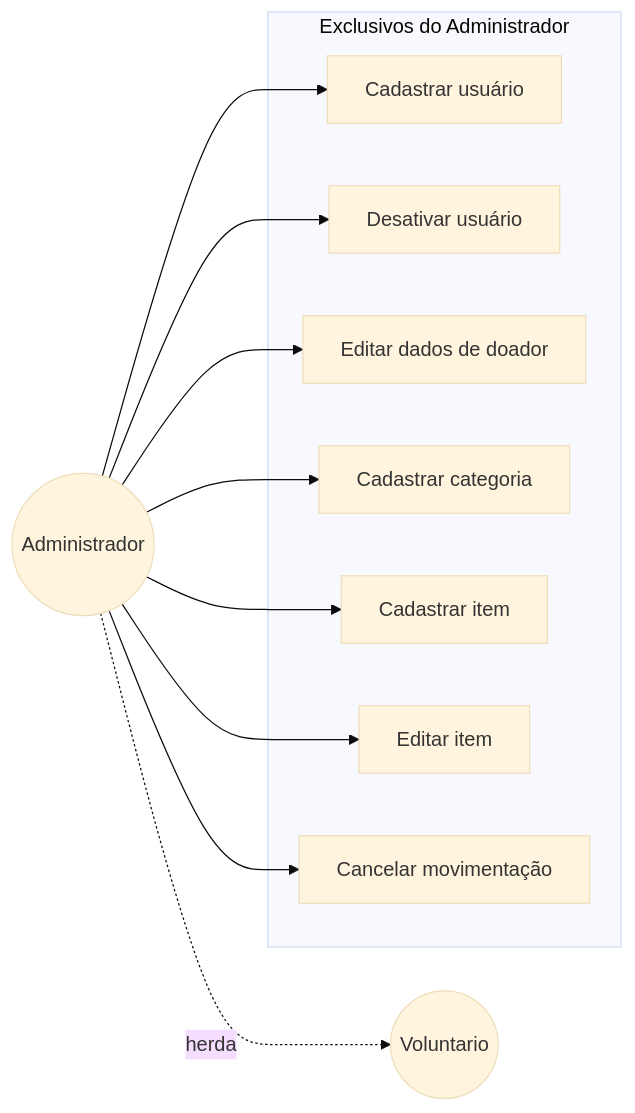
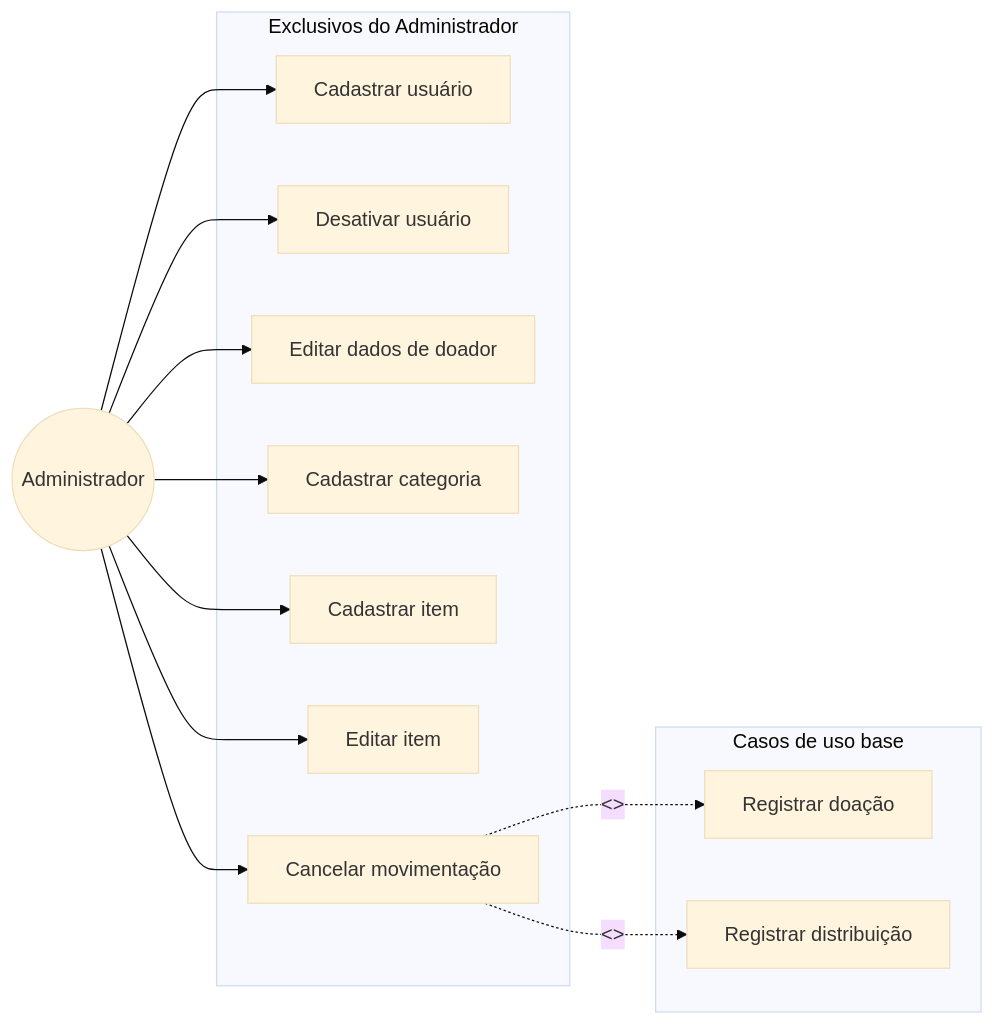
Before and after one commit to Antonio-pf/projeto-eng-soft: the second of 3 diagrams in docs/uml.md, drawn with Mermaid (base theme). The commit also changed other lines of this file, not shown here.

Commit message:
fix: corrige a notação dos diagramas UML

````diff
--- a/docs/uml.md
+++ b/docs/uml.md
@@ -62,20 +62,25 @@
 ```mermaid
 flowchart LR
   Administrador((Administrador))
-  Voluntario((Voluntario))
 
   subgraph excl["Exclusivos do Administrador"]
     UC3[Cadastrar usuário]
     UC4[Desativar usuário]
     UC7[Editar dados de doador]
     UC10[Cadastrar categoria]
     UC11[Cadastrar item]
     UC13[Editar item]
     UC19[Cancelar movimentação]
   end
 
-  Administrador -.herda.-> Voluntario
+  subgraph mov["Casos de uso base"]
+    UC14[Registrar doação]
+    UC16[Registrar distribuição]
+  end
+
   Administrador --> UC3 & UC4
   Administrador --> UC7 & UC10 & UC11 & UC13
   Administrador --> UC19
+  UC19 -. "<<extend>>" .-> UC14
+  UC19 -. "<<extend>>" .-> UC16
 ```
````
